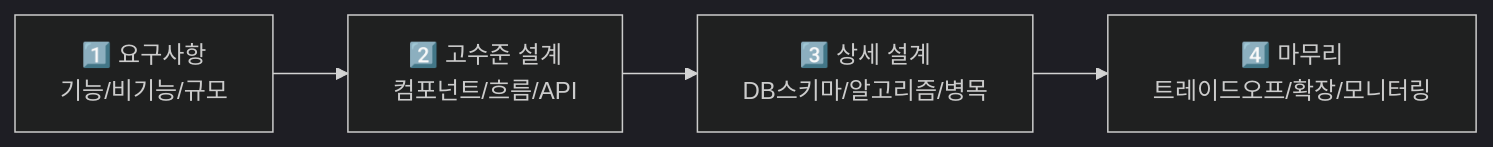
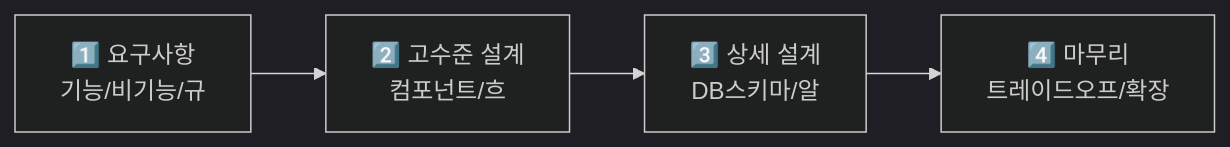
Before and after one commit to yjkim2015/yjkim2015.github.io: the diagram in _posts/systemdesign/2026-05-01-system-design.md, drawn with Mermaid (dark theme). The commit also changed 271 other files, not shown here.

First line of the commit message:
Mermaid 라벨 축소: 긴 노드 텍스트 18자 이하로 트림 + \n 제거

````diff
--- a/_posts/systemdesign/2026-05-01-system-design.md
+++ b/_posts/systemdesign/2026-05-01-system-design.md
@@ -52,6 +52,6 @@
 ```mermaid
 graph LR
-    R["1️⃣ 요구사항\n기능/비기능/규모"] --> H["2️⃣ 고수준 설계\n컴포넌트/흐름/API"]
-    H --> D["3️⃣ 상세 설계\nDB스키마/알고리즘/병목"]
-    D --> F["4️⃣ 마무리\n트레이드오프/확장/모니터링"]
+    R["1️⃣ 요구사항\n기능/비기능/규"] --> H["2️⃣ 고수준 설계\n컴포넌트/흐"]
+    H --> D["3️⃣ 상세 설계\nDB스키마/알"]
+    D --> F["4️⃣ 마무리\n트레이드오프/확장"]
 ```
````
